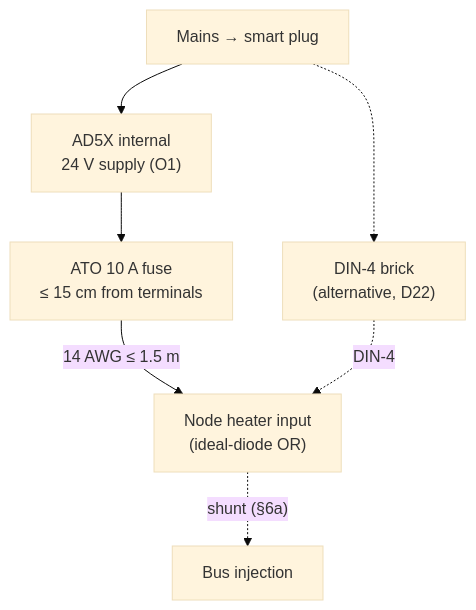
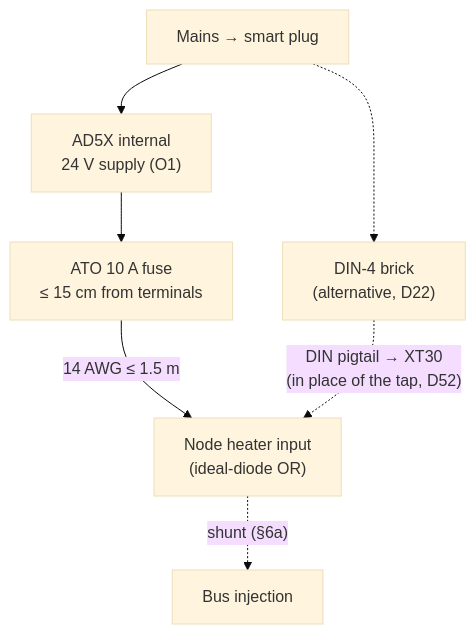
One commit to BashfulBits/3dp-fleet-exhaust changed the second of 3 diagrams in docs/04_wiring_and_pinouts.md. Above: the diagram before and after it, drawn with Mermaid (base theme). The commit also changed other lines of this file and 9 other files, not shown here.

First line of the commit message:
D52: presence loop, MX26631DL eFuse, CH390D, ESP-IDF, DIN pigtail

````diff
--- a/docs/04_wiring_and_pinouts.md
+++ b/docs/04_wiring_and_pinouts.md
@@ -22,9 +22,9 @@
 ```mermaid
 flowchart TB
   SP["Mains → smart plug"] --> AD["AD5X internal<br>24 V supply (O1)"]
   AD --> FU["ATO 10 A fuse<br>≤ 15 cm from terminals"]
   FU -->|"14 AWG ≤ 1.5 m"| N["Node heater input<br>(ideal-diode OR)"]
   SP -.-> BRK["DIN-4 brick<br>(alternative, D22)"]
-  BRK -.->|"DIN-4"| N
+  BRK -.->|"DIN pigtail → XT30<br>(in place of the tap, D52)"| N
   N -.->|"shunt (§6a)"| BUS["Bus injection"]
 ```
````
